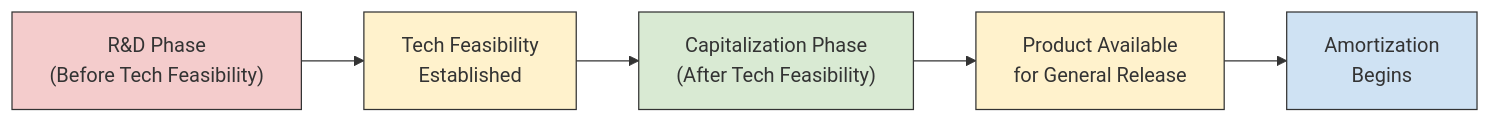
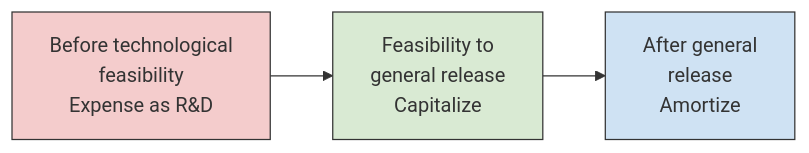
Before and after one commit to subwaymatch/cpabear-book: the second of 2 diagrams in docs/bar/technical-accounting-assets-and-revenue/internally-developed-software.md, drawn with Mermaid. The commit also changed other lines of this file and 204 other files, not shown here.

First line of the commit message:
Update the book for the 2027 CPA Exam Blueprints, fix dark-mode diagrams, add diagram zoom (#49)

````diff
--- a/docs/bar/technical-accounting-assets-and-revenue/internally-developed-software.md
+++ b/docs/bar/technical-accounting-assets-and-revenue/internally-developed-software.md
@@ -195,12 +133,8 @@
 ```mermaid
 graph LR
-    A["R&D Phase<br/>(Before Tech Feasibility)"] --> B["Tech Feasibility<br/>Established"]
-    B --> C["Capitalization Phase<br/>(After Tech Feasibility)"]
-    C --> D["Product Available<br/>for General Release"]
-    D --> E["Amortization<br/>Begins"]
+    A["Before technological<br/>feasibility<br/>Expense as R&D"] --> B["Feasibility to<br/>general release<br/>Capitalize"]
+    B --> C["After general<br/>release<br/>Amortize"]
     style A fill:#f4cccc,stroke:#333
-    style B fill:#fff2cc,stroke:#333
-    style C fill:#d9ead3,stroke:#333
-    style D fill:#fff2cc,stroke:#333
-    style E fill:#cfe2f3,stroke:#333
+    style B fill:#d9ead3,stroke:#333
+    style C fill:#cfe2f3,stroke:#333
 ```
````
